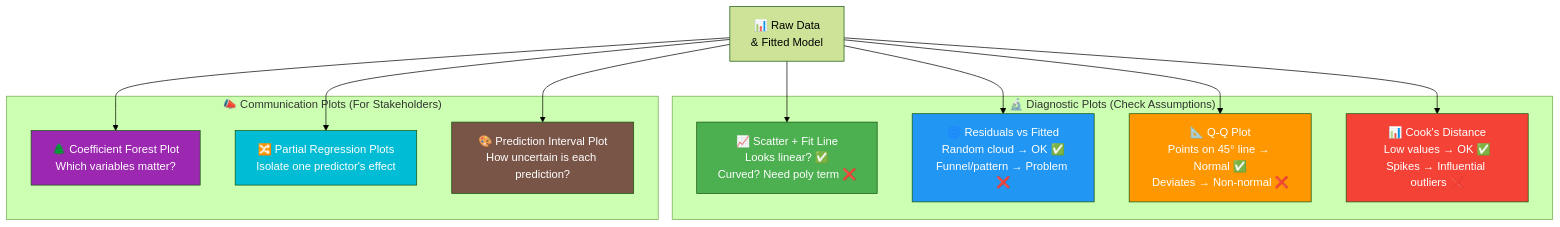
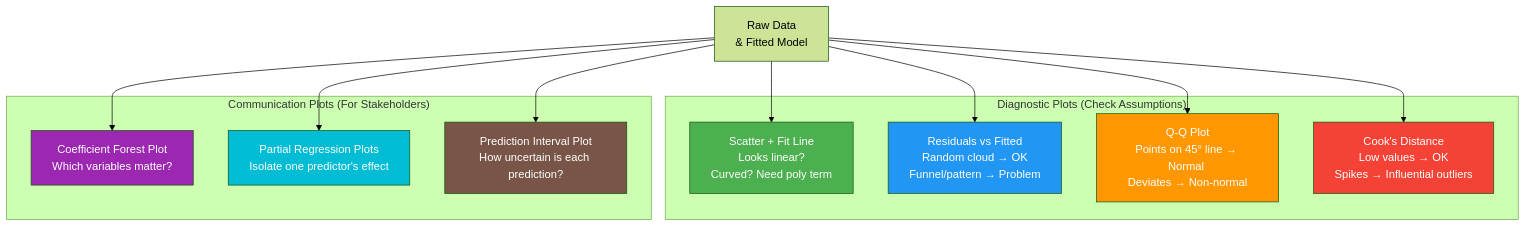
Before and after one commit to NK2552003/Big-Data-Survival-Guide: the second of 5 diagrams in UNITS/UNIT 5/unit-5-english-fun.md, drawn with Mermaid (forest theme). The commit also changed other lines of this file and 78 other files, not shown here.

````diff
--- a/UNITS/UNIT 5/unit-5-english-fun.md
+++ b/UNITS/UNIT 5/unit-5-english-fun.md
@@ -725,28 +721,28 @@
 ```mermaid
 flowchart TB
-    RawData["📊 Raw Data\n& Fitted Model"]
+ RawData[" Raw Data\n& Fitted Model"]
 
-    subgraph DiagnosticPlots["🔬 Diagnostic Plots (Check Assumptions)"]
-        P1["📈 Scatter + Fit Line\nLooks linear? ✅\nCurved? Need poly term ❌"]
-        P2["🌀 Residuals vs Fitted\nRandom cloud → OK ✅\nFunnel/pattern → Problem ❌"]
-        P3["📐 Q-Q Plot\nPoints on 45° line → Normal ✅\nDeviates → Non-normal ❌"]
-        P4["📊 Cook's Distance\nLow values → OK ✅\nSpikes → Influential outliers ❌"]
-    end
+ subgraph DiagnosticPlots[" Diagnostic Plots (Check Assumptions)"]
+ P1[" Scatter + Fit Line\nLooks linear? \nCurved? Need poly term "]
+ P2[" Residuals vs Fitted\nRandom cloud → OK \nFunnel/pattern → Problem "]
+ P3[" Q-Q Plot\nPoints on 45° line → Normal \nDeviates → Non-normal "]
+ P4[" Cook's Distance\nLow values → OK \nSpikes → Influential outliers "]
+ end
 
-    subgraph CommunicationPlots["📣 Communication Plots (For Stakeholders)"]
-        P5["🌲 Coefficient Forest Plot\nWhich variables matter?"]
-        P6["🔀 Partial Regression Plots\nIsolate one predictor's effect"]
-        P7["🎨 Prediction Interval Plot\nHow uncertain is each prediction?"]
-    end
+ subgraph CommunicationPlots[" Communication Plots (For Stakeholders)"]
+ P5[" Coefficient Forest Plot\nWhich variables matter?"]
+ P6[" Partial Regression Plots\nIsolate one predictor's effect"]
+ P7[" Prediction Interval Plot\nHow uncertain is each prediction?"]
+ end
 
-    RawData --> P1 & P2 & P3 & P4
-    RawData --> P5 & P6 & P7
+ RawData --> P1 & P2 & P3 & P4
+ RawData --> P5 & P6 & P7
 
-    style P1 fill:#4CAF50,color:#fff
-    style P2 fill:#2196F3,color:#fff
-    style P3 fill:#FF9800,color:#fff
-    style P4 fill:#F44336,color:#fff
-    style P5 fill:#9C27B0,color:#fff
-    style P6 fill:#00BCD4,color:#fff
-    style P7 fill:#795548,color:#fff
+ style P1 fill:#4CAF50,color:#fff
+ style P2 fill:#2196F3,color:#fff
+ style P3 fill:#FF9800,color:#fff
+ style P4 fill:#F44336,color:#fff
+ style P5 fill:#9C27B0,color:#fff
+ style P6 fill:#00BCD4,color:#fff
+ style P7 fill:#795548,color:#fff
 ```
````
